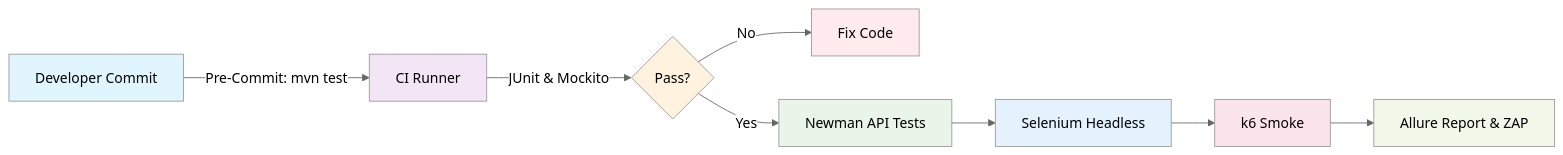
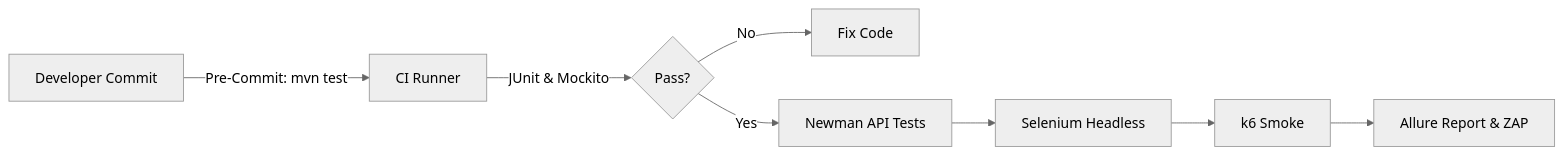
Before and after one commit to lyfe691/wiss-forum: the second of 3 diagrams in m450/2a/Dokumentation.md, drawn with Mermaid (neutral theme).

Commit message:
refactor(m450; 2a): rm mermaid styles

````diff
--- a/m450/2a/Dokumentation.md
+++ b/m450/2a/Dokumentation.md
@@ -143,19 +143,10 @@
 ```mermaid
 flowchart LR
     A[Developer Commit] -->|Pre‑Commit: mvn test| B[CI Runner]
     B -->|JUnit & Mockito| C{Pass?}
     C -->|No| D[Fix Code]
     C -->|Yes| E[Newman API Tests]
     E --> F[Selenium Headless]
     F --> G[k6 Smoke]
     G --> H[Allure Report & ZAP]
-    
-    style A fill:#e1f5fe
-    style B fill:#f3e5f5
-    style C fill:#fff3e0
-    style D fill:#ffebee
-    style E fill:#e8f5e8
-    style F fill:#e3f2fd
-    style G fill:#fce4ec
-    style H fill:#f1f8e9
 ```
````
